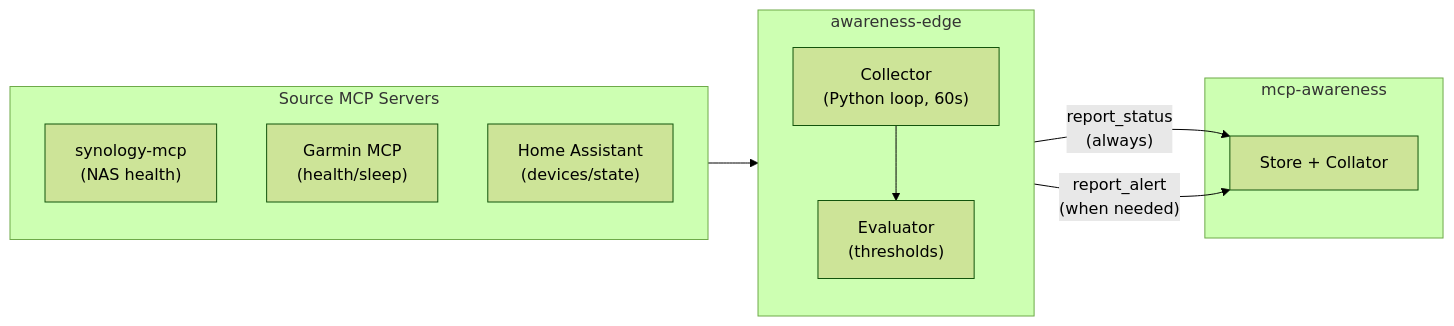
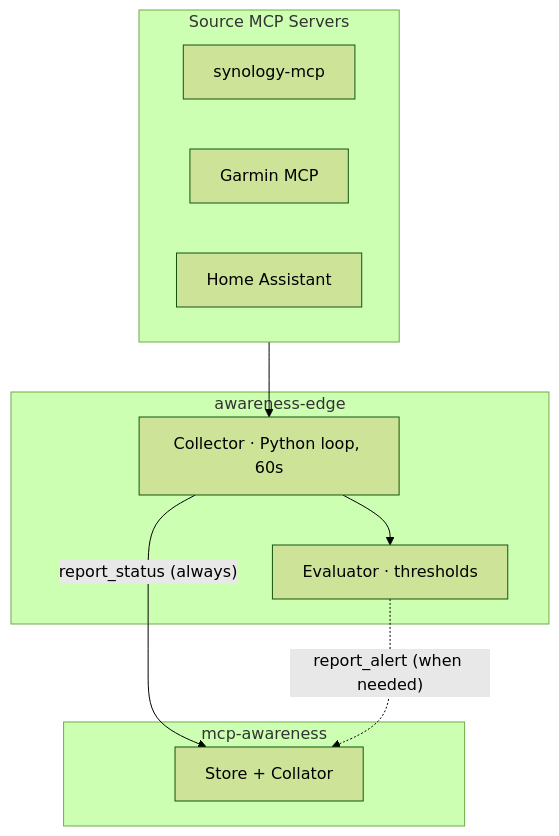
One commit to cmeans/awareness-edge changed the diagram in README.md. Above: the diagram before and after it, drawn with Mermaid (forest theme).

Commit message:
Reorient Mermaid diagram to vertical layout

````diff
--- a/README.md
+++ b/README.md
@@ -16,23 +16,24 @@
 ```mermaid
-flowchart LR
+flowchart TD
     subgraph Sources["Source MCP Servers"]
-        S1["synology-mcp\n(NAS health)"]
-        S2["Garmin MCP\n(health/sleep)"]
-        S3["Home Assistant\n(devices/state)"]
+        direction LR
+        S1["synology-mcp"]
+        S2["Garmin MCP"]
+        S3["Home Assistant"]
     end
 
+    Sources --> Collector
+
     subgraph Edge["awareness-edge"]
-        direction TB
-        Collector["Collector\n(Python loop, 60s)"]
-        Evaluator["Evaluator\n(thresholds)"]
+        Collector["Collector · Python loop, 60s"]
+        Evaluator["Evaluator · thresholds"]
         Collector --> Evaluator
     end
+
+    Collector -- "report_status (always)" --> Store
+    Evaluator -. "report_alert (when needed)" .-> Store
 
     subgraph Awareness["mcp-awareness"]
         Store["Store + Collator"]
     end
-
-    Sources --> Collector
-    Collector -- "report_status\n(always)" --> Store
-    Evaluator -- "report_alert\n(when needed)" --> Store
 ```
````
